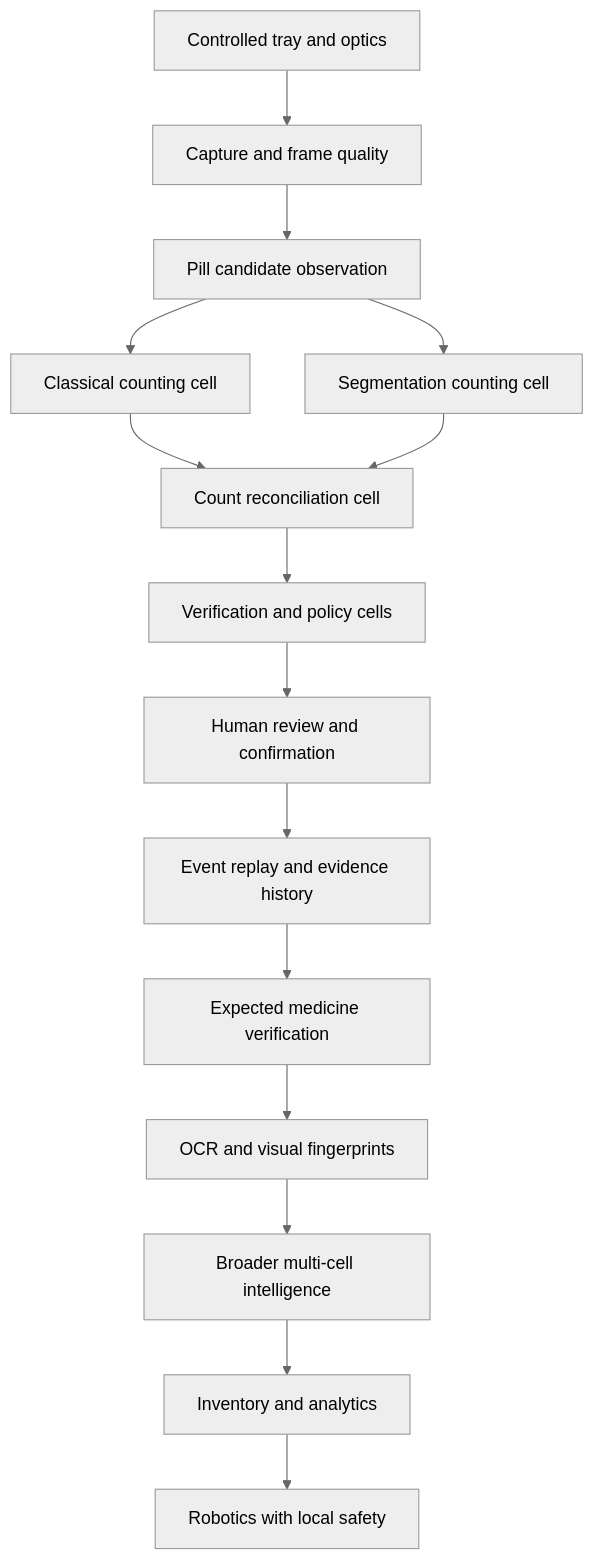
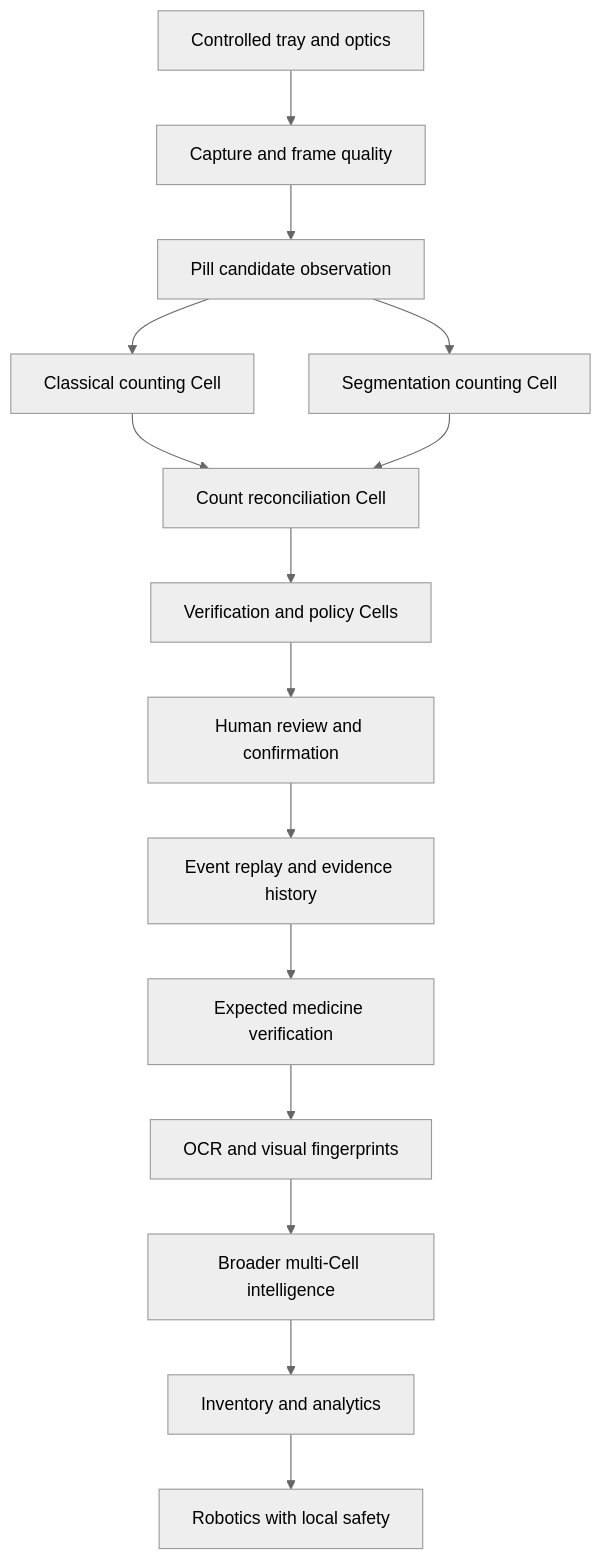
One commit to Sanjayyellina/P.C.A.I- changed the second of 28 diagrams in PCAI_VISUAL_ATLAS.md. Above: the diagram before and after it, drawn with Mermaid (neutral theme). The commit also changed other lines of this file, not shown here.

Commit message:
Extend visual atlas with Cell catalogue, Synapses, Blackboard, Observation and Frame Quality Cells

````diff
--- a/PCAI_VISUAL_ATLAS.md
+++ b/PCAI_VISUAL_ATLAS.md
@@ -43,25 +43,25 @@
 ```mermaid
 flowchart TD
     P0[Controlled tray and optics]
     P1[Capture and frame quality]
     P2[Pill candidate observation]
-    P3[Classical counting cell]
-    P4[Segmentation counting cell]
-    P5[Count reconciliation cell]
-    P6[Verification and policy cells]
+    P3[Classical counting Cell]
+    P4[Segmentation counting Cell]
+    P5[Count reconciliation Cell]
+    P6[Verification and policy Cells]
     P7[Human review and confirmation]
     P8[Event replay and evidence history]
     P9[Expected medicine verification]
     P10[OCR and visual fingerprints]
-    P11[Broader multi-cell intelligence]
+    P11[Broader multi-Cell intelligence]
     P12[Inventory and analytics]
     P13[Robotics with local safety]
 
     P0 --> P1 --> P2
     P2 --> P3
     P2 --> P4
     P3 --> P5
     P4 --> P5
     P5 --> P6 --> P7 --> P8
     P8 --> P9 --> P10 --> P11 --> P12 --> P13
 ```
````
